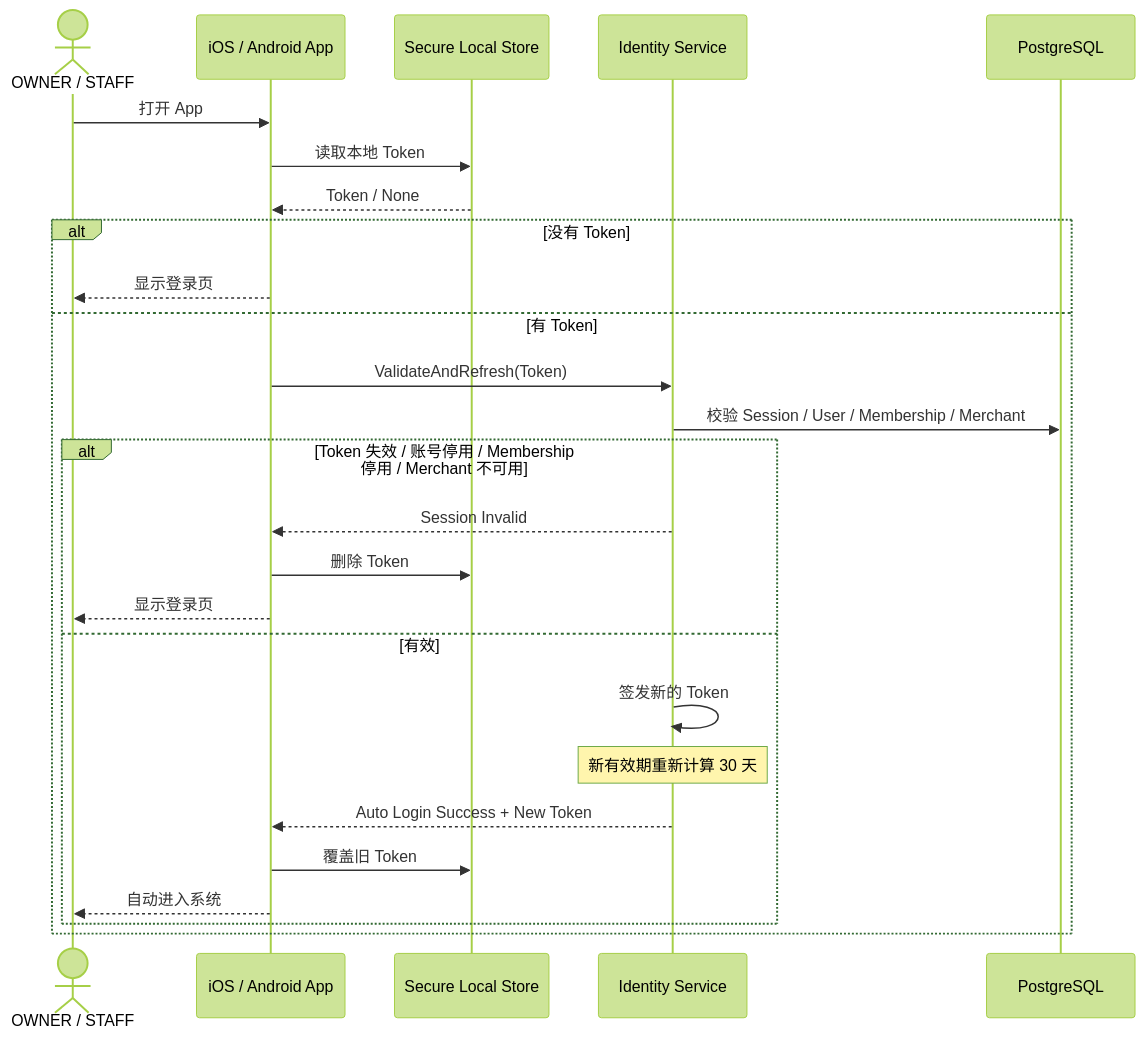
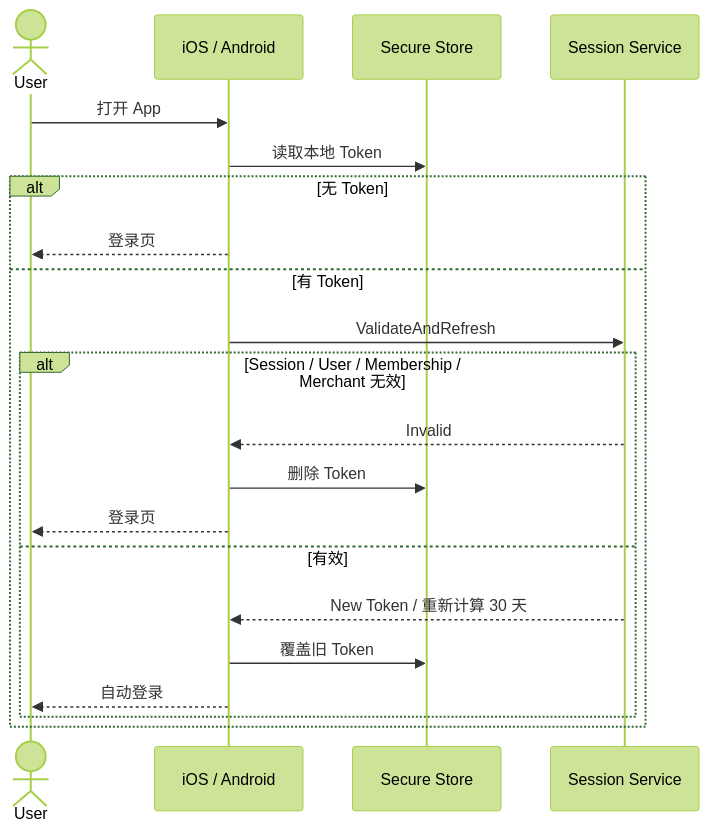
One commit to sxyq/mastergoods changed the third of 3 diagrams in docs/system-design/01-账户与身份/02-登录与会话.md. Above: the diagram before and after it, drawn with Mermaid (forest theme). The commit also changed other lines of this file and 10 other files, not shown here.

````diff
--- a/docs/system-design/01-账户与身份/02-登录与会话.md
+++ b/docs/system-design/01-账户与身份/02-登录与会话.md
@@ -93,31 +60,26 @@
 ```mermaid
 sequenceDiagram
-    actor U as OWNER / STAFF
-    participant APP as iOS / Android App
-    participant STORE as Secure Local Store
-    participant IAM as Identity Service
-    participant DB as PostgreSQL
+    actor U as User
+    participant APP as iOS / Android
+    participant STORE as Secure Store
+    participant IAM as Session Service
 
     U->>APP: 打开 App
     APP->>STORE: 读取本地 Token
-    STORE-->>APP: Token / None
 
-    alt 没有 Token
-        APP-->>U: 显示登录页
+    alt 无 Token
+        APP-->>U: 登录页
     else 有 Token
-        APP->>IAM: ValidateAndRefresh(Token)
-        IAM->>DB: 校验 Session / User / Membership / Merchant
+        APP->>IAM: ValidateAndRefresh
 
-        alt Token 失效 / 账号停用 / Membership 停用 / Merchant 不可用
-            IAM-->>APP: Session Invalid
+        alt Session / User / Membership / Merchant 无效
+            IAM-->>APP: Invalid
             APP->>STORE: 删除 Token
-            APP-->>U: 显示登录页
+            APP-->>U: 登录页
         else 有效
-            IAM->>IAM: 签发新的 Token
-            Note over IAM: 新有效期重新计算 30 天
-            IAM-->>APP: Auto Login Success + New Token
+            IAM-->>APP: New Token / 重新计算 30 天
             APP->>STORE: 覆盖旧 Token
-            APP-->>U: 自动进入系统
+            APP-->>U: 自动登录
         end
     end
 ```
````
